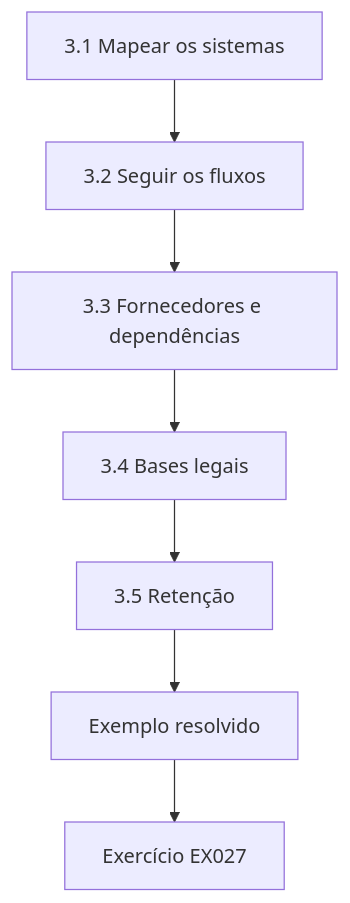
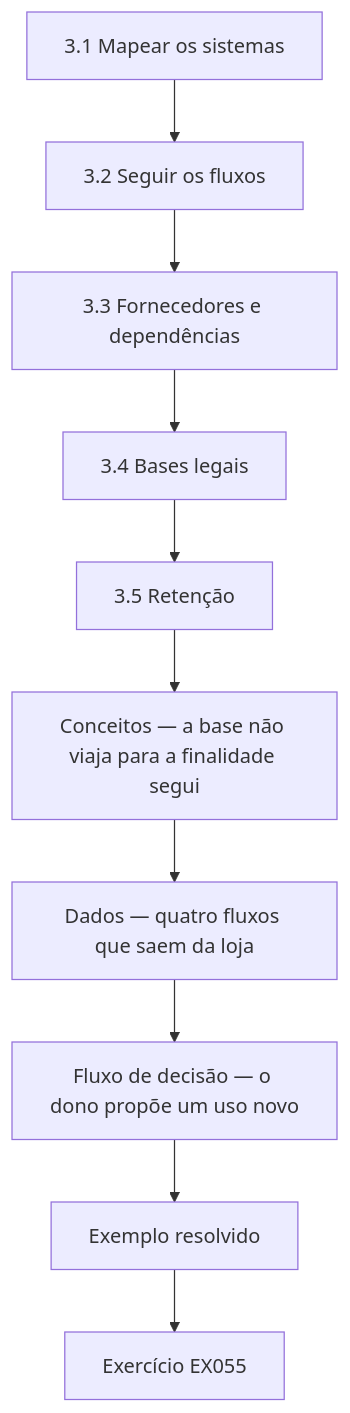
The seventh of 12 diagrams in levels/rapid-1-month/privacy-data-protection/pt/book/MANUSCRIPT.md (hiagokinlevi/CyKin), drawn with Mermaid before and after one commit. The commit also changed other lines of this file and 1 other file, not shown here.

````diff
--- a/levels/rapid-1-month/privacy-data-protection/pt/book/MANUSCRIPT.md
+++ b/levels/rapid-1-month/privacy-data-protection/pt/book/MANUSCRIPT.md
@@ -269,11 +395,14 @@
 ```mermaid
 flowchart TD
   N0["3.1 Mapear os sistemas"]
   N1["3.2 Seguir os fluxos"]
   N2["3.3 Fornecedores e dependências"]
   N3["3.4 Bases legais"]
   N4["3.5 Retenção"]
-  N0 --> N1 --> N2 --> N3 --> N4
-  N4 --> EX["Exemplo resolvido"]
-  EX --> Q["Exercício EX027"]
+  N5["Conceitos — a base não viaja para a finalidade segui"]
+  N6["Dados — quatro fluxos que saem da loja"]
+  N7["Fluxo de decisão — o dono propõe um uso novo"]
+  N0 --> N1 --> N2 --> N3 --> N4 --> N5 --> N6 --> N7
+  N7 --> EX["Exemplo resolvido"]
+  EX --> Q["Exercício EX055"]
 ```
````
